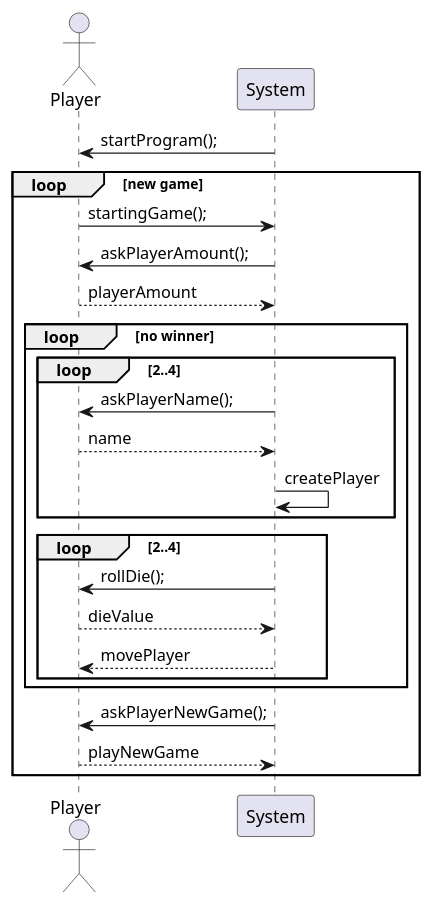
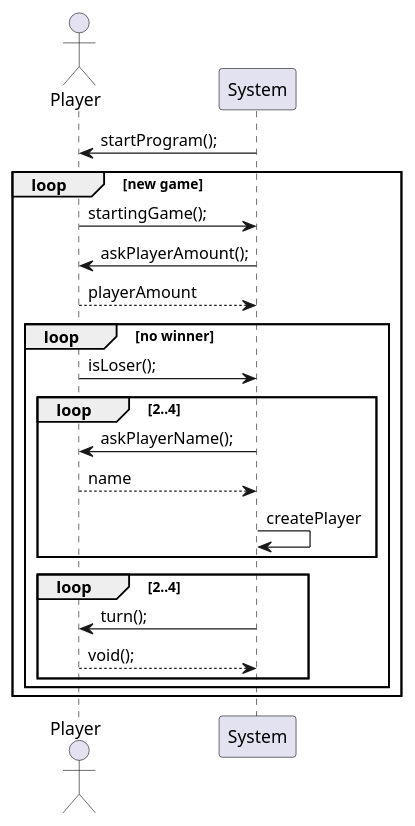
The diagram in src/main/java/Game/Diagrams/SystemSequenceDiagram.puml (GoodGithubAccount/02_CDIO3), drawn with PlantUML before and after one commit.

Commit message:
Fikset lidt diagram pis

```diff
--- a/src/main/java/Game/Diagrams/SystemSequenceDiagram.puml
+++ b/src/main/java/Game/Diagrams/SystemSequenceDiagram.puml
@@ -1,26 +1,27 @@
 @startuml
 'https://plantuml.com/sequence-diagram
 
 actor Player
 System -> Player: startProgram();
 loop new game
 System <- Player: startingGame();
 System -> Player: askPlayerAmount();
 Player --> System: playerAmount
 loop no winner
+Player -> System: isLoser();
 loop 2..4
 
 System -> Player : askPlayerName();
 Player --> System: name
 System -> System: createPlayer
+
 end
 loop  2..4
-System -> Player: rollDie();
-Player --> System: dieValue
-System --> Player: movePlayer
+System -> Player: turn();
+Player --> System: void();
 end
+
 end
-System -> Player: askPlayerNewGame();
-Player --> System: playNewGame
+
 end
 @enduml
```
